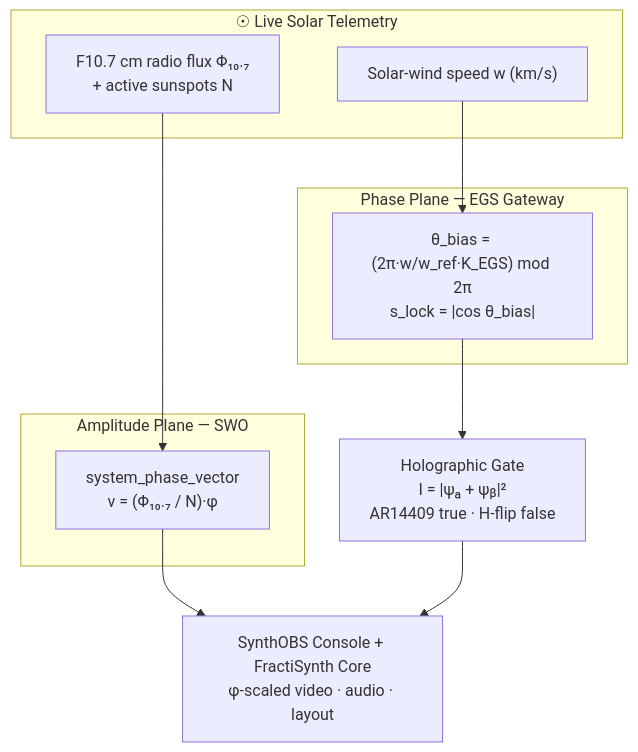
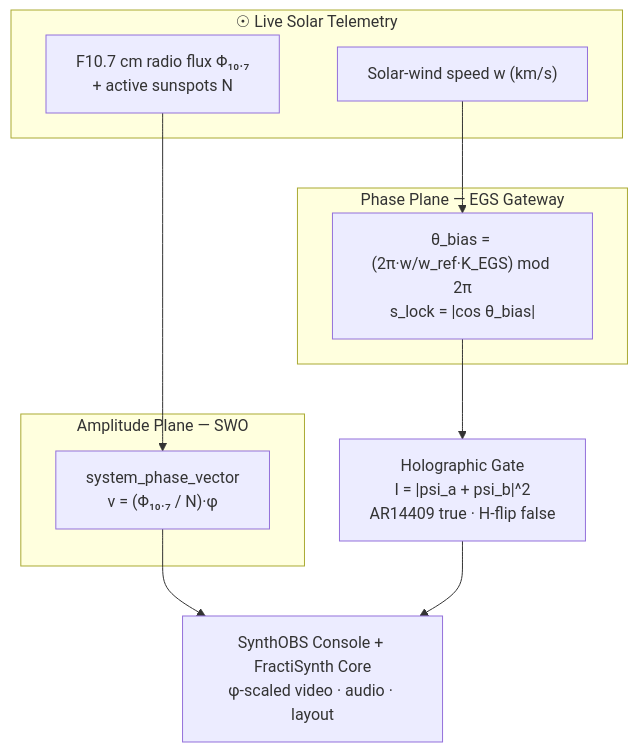
The diagram in manuscript/00_abstract.md (docxology/SynthOBS), drawn with Mermaid before and after one commit. The commit also changed other lines of this file and 90 other files, not shown here.

````diff
--- a/manuscript/00_abstract.md
+++ b/manuscript/00_abstract.md
@@ -59,21 +61,21 @@
 ```mermaid
 flowchart TB
     subgraph SOLAR["☉ Live Solar Telemetry"]
         FLUX["F10.7 cm radio flux Φ₁₀.₇<br/>+ active sunspots N"]
         WIND["Solar-wind speed w (km/s)"]
     end
     subgraph AMP["Amplitude Plane — SWO"]
         VEC["system_phase_vector<br/>v = (Φ₁₀.₇ / N)·φ"]
     end
     subgraph PHASE["Phase Plane — EGS Gateway"]
         LOCK["θ_bias = (2π·w/w_ref·K_EGS) mod 2π<br/>s_lock = |cos θ_bias|"]
     end
-    GATE["Holographic Gate<br/>I = |ψₐ + ψᵦ|²<br/>AR14409 true · H-flip false"]
+    GATE["Holographic Gate<br/>I = |psi_a + psi_b|^2<br/>AR14409 true · H-flip false"]
     OUT["SynthOBS Console + FractiSynth Core<br/>φ-scaled video · audio · layout"]
 
     FLUX --> VEC
     WIND --> LOCK
     VEC --> OUT
     LOCK --> GATE
     GATE --> OUT
 ```
````
